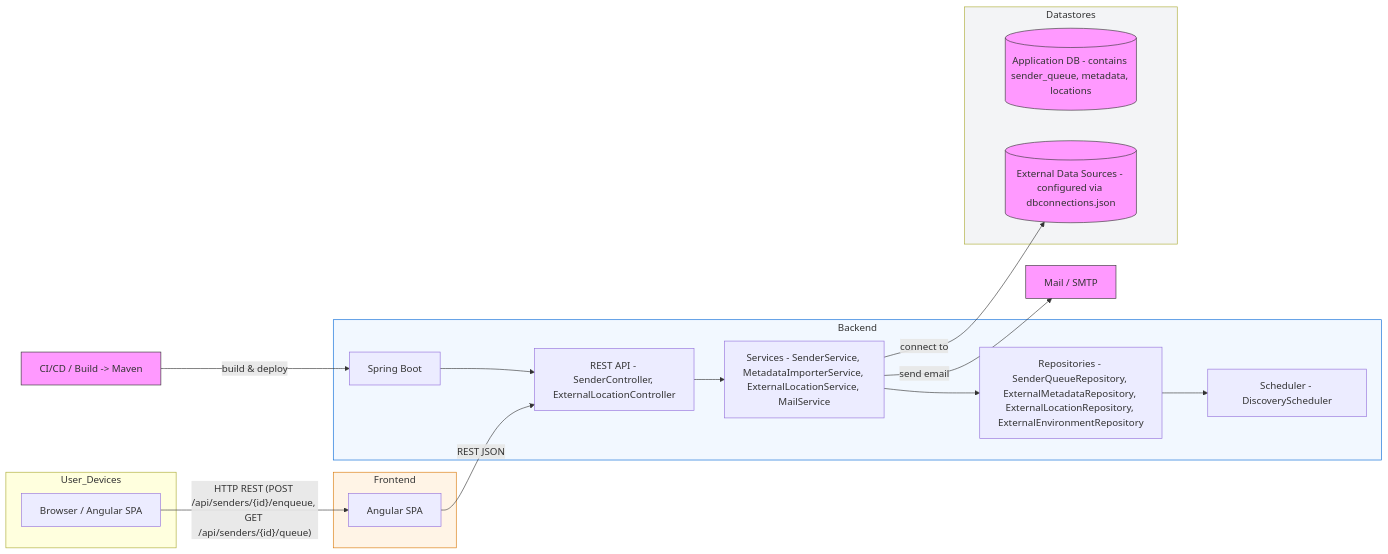
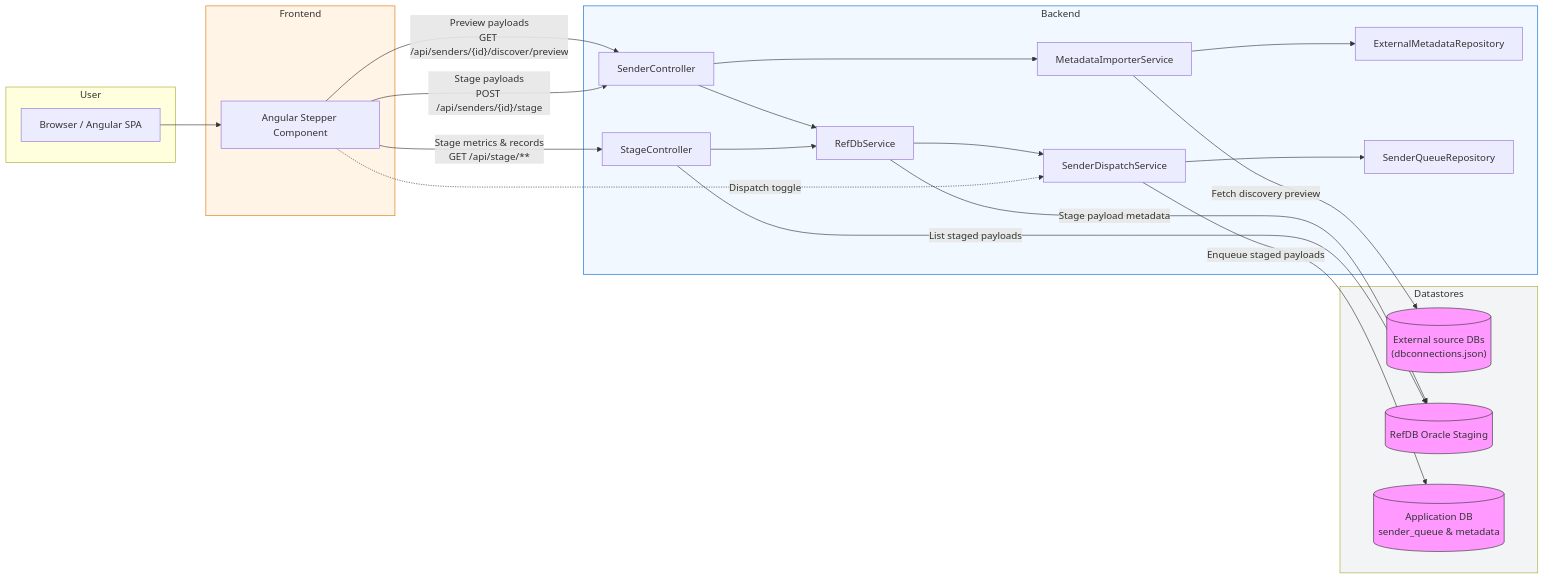
Before and after one commit to ejkorg/sender: the diagram in docs/diagrams/system_flow.mmd, drawn with Mermaid. The commit also changed 252 other files, not shown here.

```diff
--- a/docs/diagrams/system_flow.mmd
+++ b/docs/diagrams/system_flow.mmd
@@ -1,41 +1,57 @@
 flowchart LR
-  subgraph User_Devices
+  %% User entry point
+  subgraph User
     Browser["Browser / Angular SPA"]
   end
 
   subgraph Frontend
-  Browser -->|"HTTP REST (POST /api/senders/{id}/enqueue, GET /api/senders/{id}/queue)"| FrontendApp["Angular SPA"]
+    StepperUI["Angular Stepper Component"]
   end
 
+  Browser --> StepperUI
+
+  %% REST surface
+  StepperUI -->|"Preview payloads\nGET /api/senders/{id}/discover/preview"| SenderController
+  StepperUI -->|"Stage payloads\nPOST /api/senders/{id}/stage"| SenderController
+  StepperUI -->|"Stage metrics & records\nGET /api/stage/**"| StageController
+
+  %% Backend application
   subgraph Backend
-    BackendLabel["Spring Boot"]
-    API["REST API - SenderController, ExternalLocationController"]
-    Services["Services - SenderService, MetadataImporterService, ExternalLocationService, MailService"]
-    Repos["Repositories - SenderQueueRepository, ExternalMetadataRepository, ExternalLocationRepository, ExternalEnvironmentRepository"]
-    Scheduler["Scheduler - DiscoveryScheduler"]
+    SenderController["SenderController"]
+    StageController["StageController"]
+    MetadataImporterService["MetadataImporterService"]
+    RefDbService["RefDbService"]
+    SenderDispatchService["SenderDispatchService"]
+    ExternalMetadataRepo["ExternalMetadataRepository"]
+    SenderQueueRepo["SenderQueueRepository"]
   end
 
-  BackendLabel --> API
-  API --> Services
-  Services --> Repos
-  Repos --> Scheduler
+  SenderController --> MetadataImporterService
+  SenderController --> RefDbService
+  StageController --> RefDbService
+  RefDbService --> SenderDispatchService
+  MetadataImporterService --> ExternalMetadataRepo
+  SenderDispatchService --> SenderQueueRepo
 
+  %% Data stores and integrations
   subgraph Datastores
-    AppDB[("Application DB - contains sender_queue, metadata, locations")]
-    ExternalDBs[("External Data Sources - configured via dbconnections.json")]
+    ExternalDBs[("External source DBs\n(dbconnections.json)")]
+    RefDB[("RefDB Oracle Staging")]
+    AppDB[("Application DB\nsender_queue & metadata")]
   end
 
-  SMTP["Mail / SMTP"]
-  CI["CI/CD / Build -> Maven"]
+  MetadataImporterService -->|"Fetch discovery preview"| ExternalDBs
+  RefDbService -->|"Stage payload metadata"| RefDB
+  StageController -->|"List staged payloads"| RefDB
+  SenderDispatchService -->|"Enqueue staged payloads"| AppDB
 
-  FrontendApp -->|"REST JSON"| API
-  Services -->|"connect to"| ExternalDBs
-  Services -->|"send email"| SMTP
-  CI -->|"build & deploy"| BackendLabel
+  %% Optional dispatch trigger
+  StepperUI -. "Dispatch toggle" .-> SenderDispatchService
 
+  %% Visual styles
   classDef infra fill:#f9f,stroke:#333,stroke-width:1px;
-  class ExternalDBs,AppDB,SMTP,CI infra
+  class ExternalDBs,RefDB,AppDB infra
 
   style Backend fill:#f2f8ff,stroke:#0366d6
   style Frontend fill:#fff4e6,stroke:#d97706
   style Datastores fill:#f3f4f6
```
